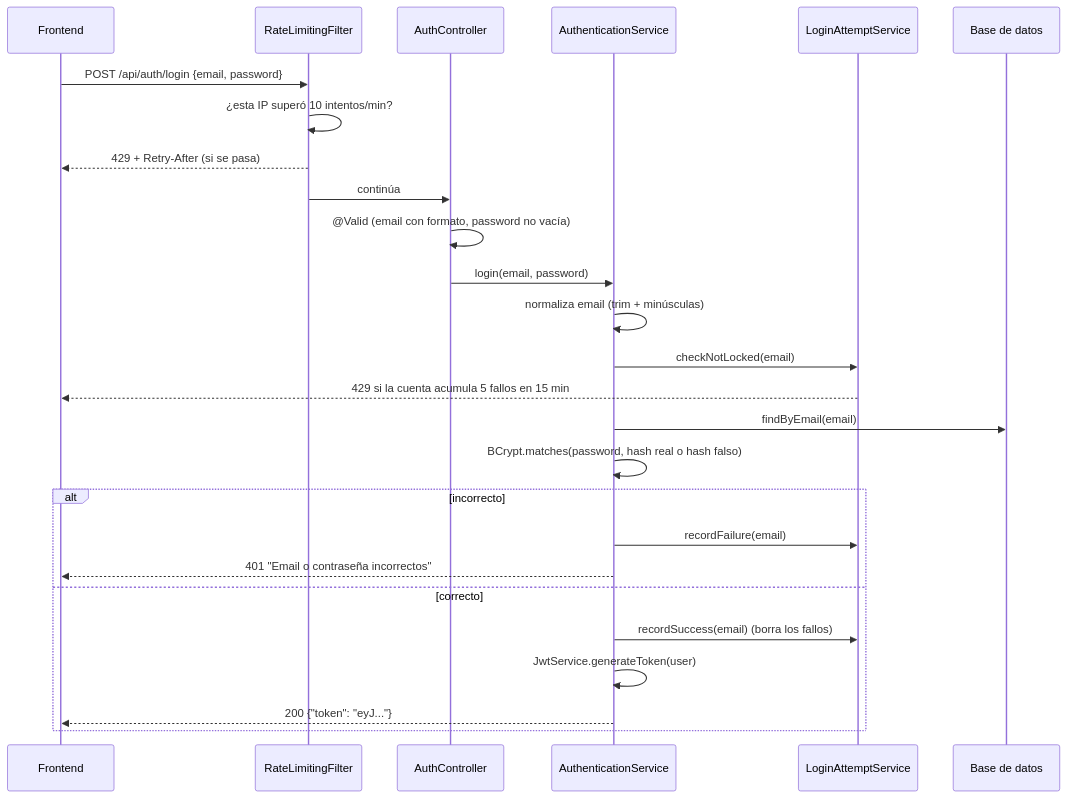
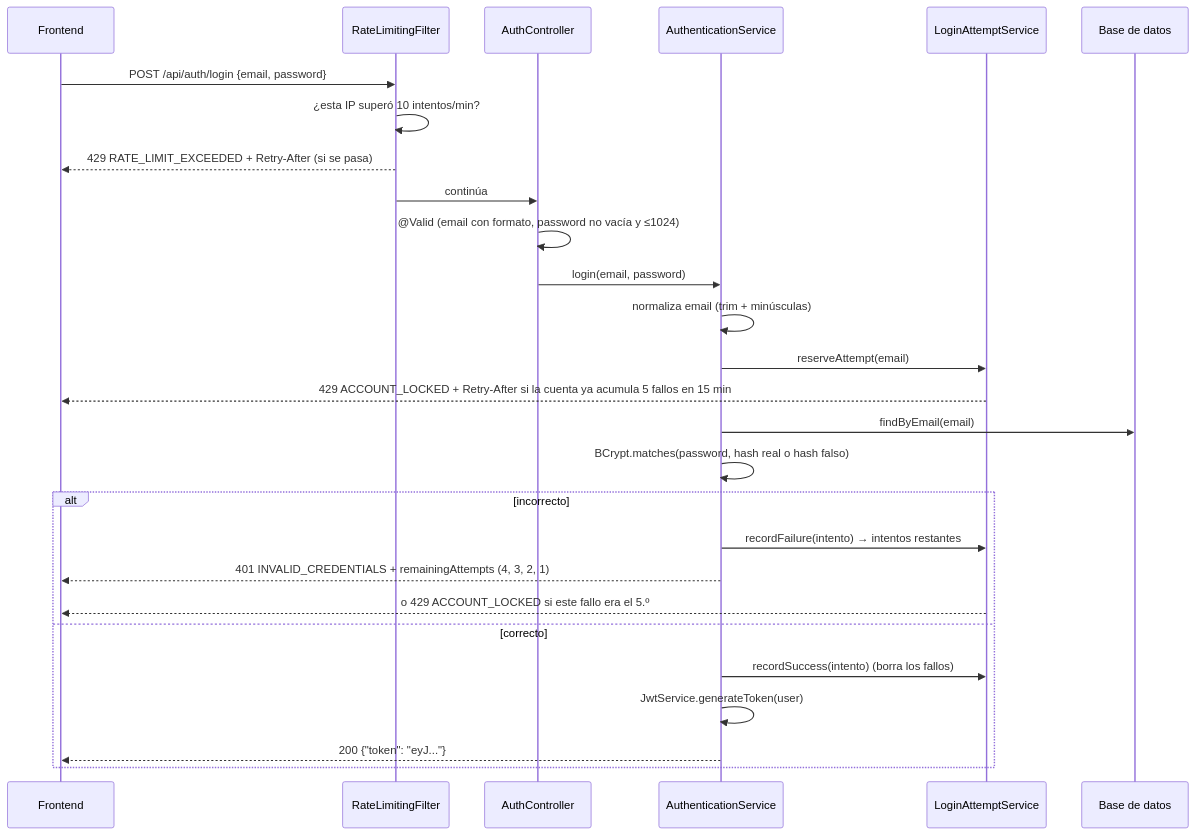
The second of 2 diagrams in docs/MANUAL_PROGRAMADOR.md (emiliogf10/streambox), drawn with Mermaid before and after one commit. The commit also changed other lines of this file and 128 other files, not shown here.

````diff
--- a/docs/MANUAL_PROGRAMADOR.md
+++ b/docs/MANUAL_PROGRAMADOR.md
@@ -643,29 +646,30 @@
 ```mermaid
 sequenceDiagram
     participant F as Frontend
     participant RL as RateLimitingFilter
     participant C as AuthController
     participant A as AuthenticationService
     participant L as LoginAttemptService
     participant DB as Base de datos
 
     F->>RL: POST /api/auth/login {email, password}
     RL->>RL: ¿esta IP superó 10 intentos/min?
-    RL-->>F: 429 + Retry-After (si se pasa)
+    RL-->>F: 429 RATE_LIMIT_EXCEEDED + Retry-After (si se pasa)
     RL->>C: continúa
-    C->>C: @Valid (email con formato, password no vacía)
+    C->>C: @Valid (email con formato, password no vacía y ≤1024)
     C->>A: login(email, password)
     A->>A: normaliza email (trim + minúsculas)
-    A->>L: checkNotLocked(email)
-    L-->>F: 429 si la cuenta acumula 5 fallos en 15 min
+    A->>L: reserveAttempt(email)
+    L-->>F: 429 ACCOUNT_LOCKED + Retry-After si la cuenta ya acumula 5 fallos en 15 min
     A->>DB: findByEmail(email)
     A->>A: BCrypt.matches(password, hash real o hash falso)
     alt incorrecto
-        A->>L: recordFailure(email)
-        A-->>F: 401 "Email o contraseña incorrectos"
+        A->>L: recordFailure(intento) → intentos restantes
+        A-->>F: 401 INVALID_CREDENTIALS + remainingAttempts (4, 3, 2, 1)
+        L-->>F: o 429 ACCOUNT_LOCKED si este fallo era el 5.º
     else correcto
-        A->>L: recordSuccess(email) (borra los fallos)
+        A->>L: recordSuccess(intento) (borra los fallos)
         A->>A: JwtService.generateToken(user)
         A-->>F: 200 {"token": "eyJ..."}
     end
 ```
````
